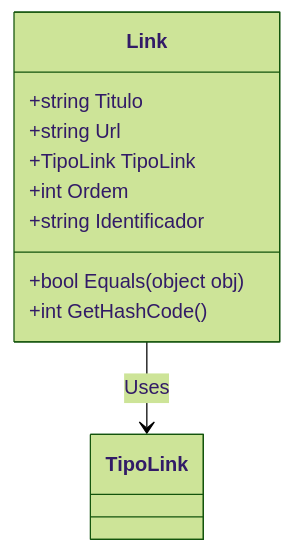
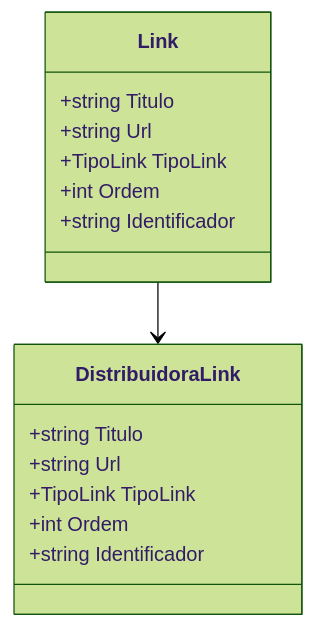
One commit to IsthmusSistemas/documentacao-tecnica changed the diagram in docs/b2b-dominio/IsthmusWinthor.Nucleo/IsthmusWinthor.Dominio/POCO/Shared/Link.md. Above: the diagram before and after it, drawn with Mermaid (forest theme). The commit also changed other lines of this file and 882 other files, not shown here.

````diff
--- a/docs/b2b-dominio/IsthmusWinthor.Nucleo/IsthmusWinthor.Dominio/POCO/Shared/Link.md
+++ b/docs/b2b-dominio/IsthmusWinthor.Nucleo/IsthmusWinthor.Dominio/POCO/Shared/Link.md
@@ -35,13 +39,20 @@
 ```mermaid
 classDiagram
     class Link {
         +string Titulo
         +string Url
         +TipoLink TipoLink
         +int Ordem
         +string Identificador
-        +bool Equals(object obj)
-        +int GetHashCode()
     }
-    Link --> TipoLink : Uses
+    
+    class DistribuidoraLink {
+        +string Titulo
+        +string Url
+        +TipoLink TipoLink
+        +int Ordem
+        +string Identificador
+    }
+
+    Link --> DistribuidoraLink
 ```
````
